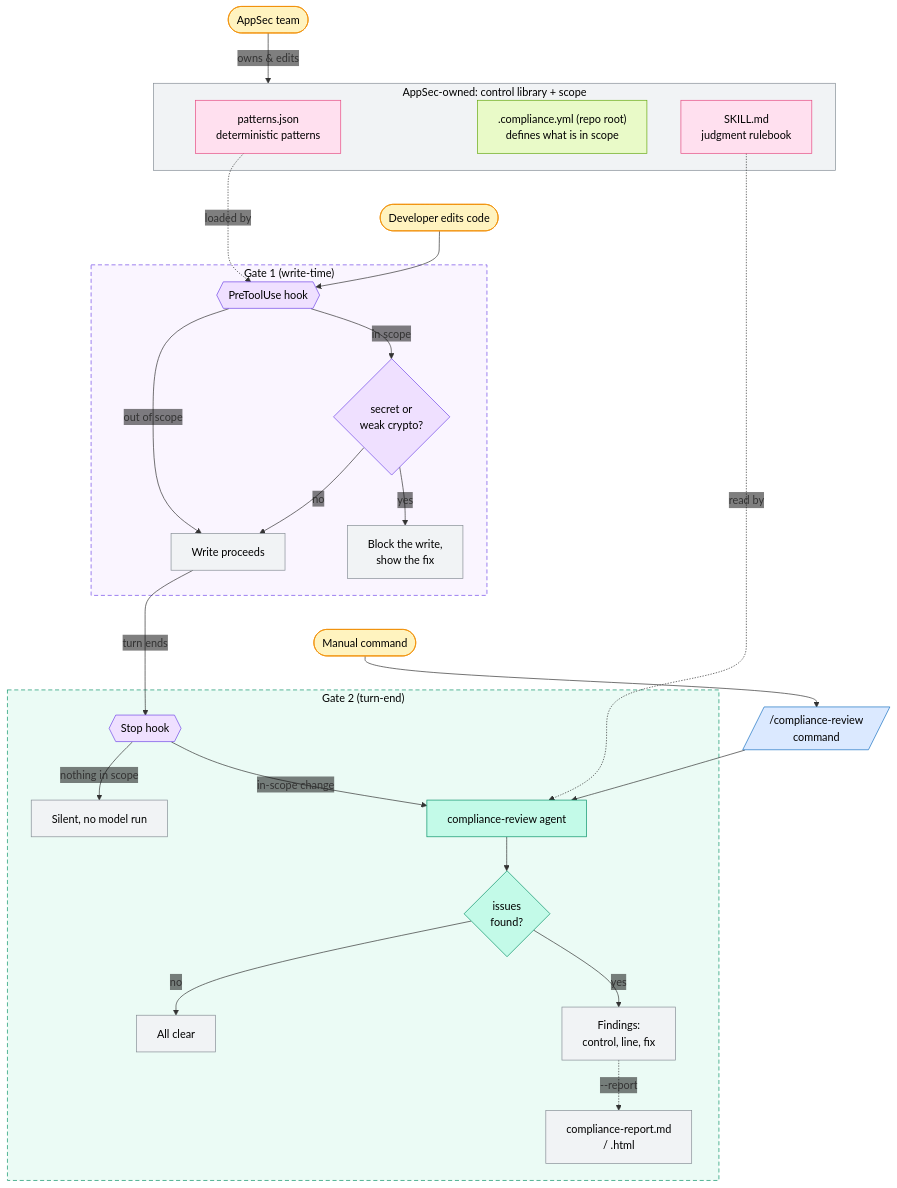
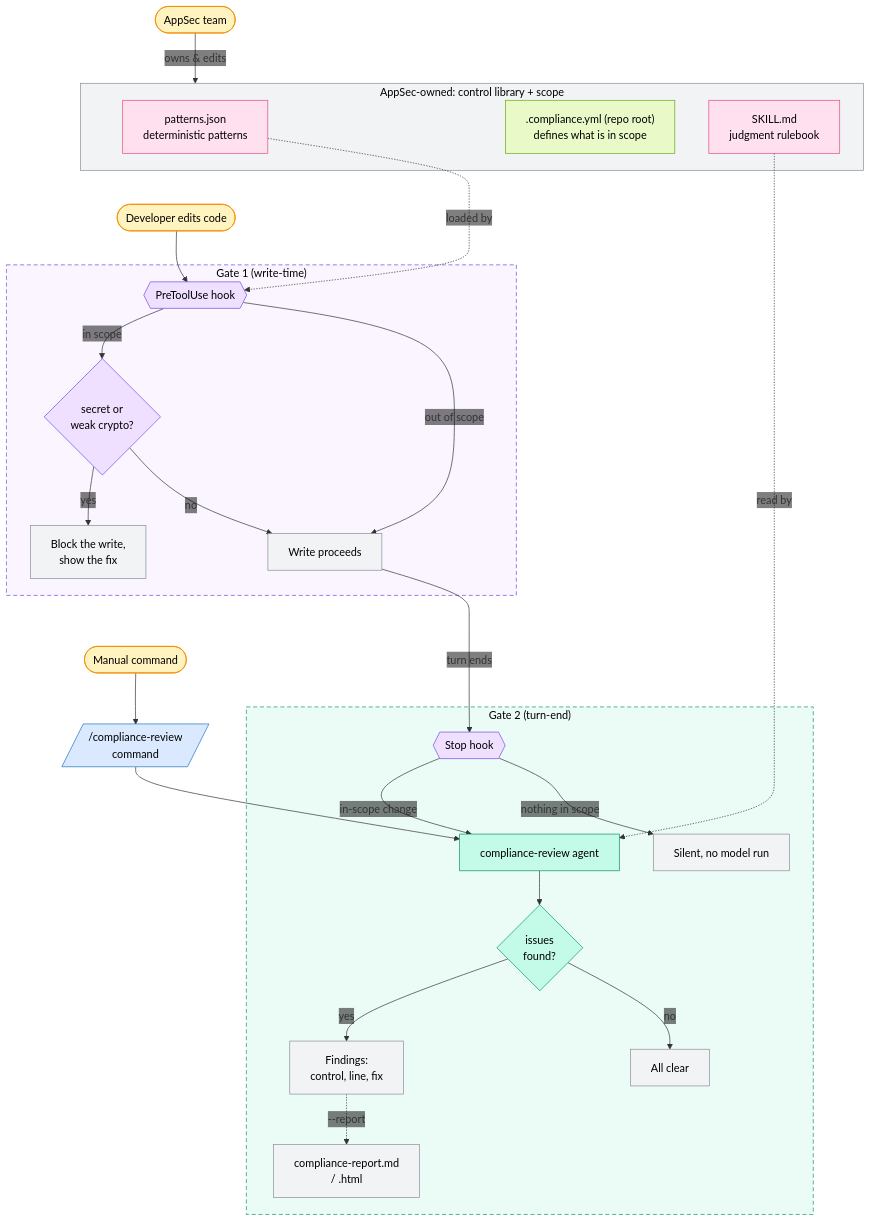
Before and after one commit to Juantomasgomez7/compliance-support: the second of 2 diagrams in README.md, drawn with Mermaid.

Commit message:
docs: stack the manual-command bubble directly above its command node
An invisible subgraph clusters the human bubble and the command node so
the router keeps them vertically adjacent as one unit beside Gate 2,
instead of scattering them and stringing a diagonal edge across the
diagram.

````diff
--- a/README.md
+++ b/README.md
@@ -74,65 +74,68 @@
 ```mermaid
 %%{init: {'themeVariables': {'edgeLabelBackground': 'transparent'}}}%%
 flowchart TD
     classDef human fill:#fff3bf,stroke:#f08c00,color:#000000
     classDef hook fill:#efe0ff,stroke:#7048e8,color:#000000
     classDef agent fill:#c3fae8,stroke:#099268,color:#000000
     classDef skill fill:#ffe0ef,stroke:#e64980,color:#000000
     classDef command fill:#dbe9ff,stroke:#1971c2,color:#000000
     classDef state fill:#f1f3f5,stroke:#868e96,color:#000000
     classDef config fill:#e9fac8,stroke:#66a80f,color:#000000
 
     APPSEC(["AppSec team"]) -->|"owns & edits"| CL
     subgraph CL["AppSec-owned: control library + scope"]
         PATT["patterns.json<br/>deterministic patterns"]
         SCOPE[".compliance.yml (repo root)<br/>defines what is in scope"]
         SKILLMD["SKILL.md<br/>judgment rulebook"]
     end
     CL ~~~ DEV([Developer edits code])
 
     subgraph G1["Gate 1 (write-time)"]
         H1{{"PreToolUse hook"}}
         VIOL{"secret or<br/>weak crypto?"}
         SAVE["Write proceeds"]
         BLOCK["Block the write,<br/>show the fix"]
     end
 
     subgraph G2["Gate 2 (turn-end)"]
         H2{{"Stop hook"}}
         SILENT["Silent, no model run"]
         AGENT["compliance-review agent"]
         REVIEW{"issues<br/>found?"}
         CLEAN["All clear"]
         OUT["Findings:<br/>control, line, fix"]
         REPORT["compliance-report.md<br/>/ .html"]
     end
 
     DEV --> H1
     PATT -.->|"loaded by"| H1
     H1 -->|"out of scope"| SAVE
     H1 -->|"in scope"| VIOL
     VIOL -->|"no"| SAVE
     VIOL -->|"yes"| BLOCK
     SAVE -->|"turn ends"| H2
     H2 -->|"nothing in scope"| SILENT
     H2 -->|"in-scope change"| AGENT
-    RUN(["Manual command"]) --> CMD[/"/compliance-review<br/>command"/]
+    subgraph MANUAL[" "]
+        RUN(["Manual command"]) --> CMD[/"/compliance-review<br/>command"/]
+    end
     SAVE ~~~ RUN
     CMD --> AGENT
+    style MANUAL fill:transparent,stroke:transparent
     SKILLMD -.->|"read by"| AGENT
     AGENT --> REVIEW
     REVIEW -->|"no"| CLEAN
     REVIEW -->|"yes"| OUT
     OUT -.->|"--report"| REPORT
 
     class DEV,APPSEC,RUN human
     class H1,H2,VIOL hook
     class AGENT,REVIEW agent
     class PATT,SKILLMD skill
     class SCOPE config
     class CMD command
     class BLOCK,SAVE,SILENT,OUT,CLEAN,REPORT state
     style CL fill:#f1f3f5,stroke:#868e96,color:#000000
     style G1 fill:#faf5ff,stroke:#7048e8,stroke-dasharray:6 4,color:#000000
     style G2 fill:#ebfbf5,stroke:#099268,stroke-dasharray:6 4,color:#000000
 ```
````
